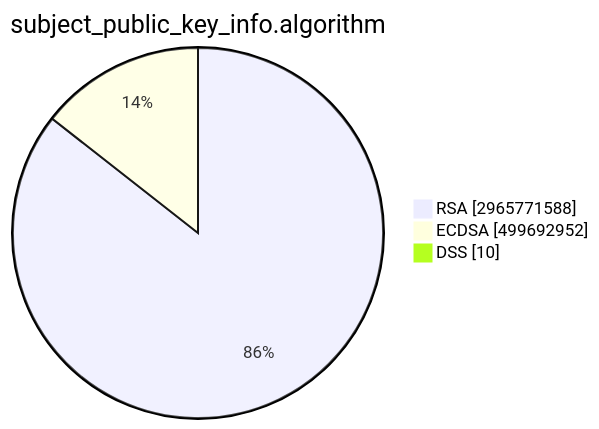
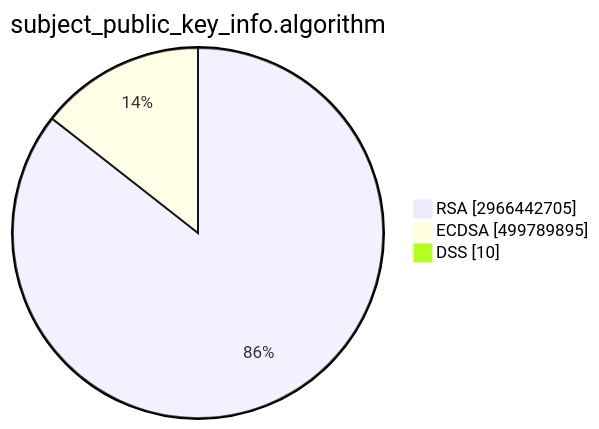
Before and after one commit to christiankrug/ctmonitor_visualization: the second of 15 diagrams in TOTAL/README.md, drawn with Mermaid. The commit also changed other lines of this file, not shown here.

````diff
--- a/TOTAL/README.md
+++ b/TOTAL/README.md
@@ -6,7 +6,7 @@
 ```mermaid
 pie showData
 title subject_public_key_info.algorithm
-"RSA" :2965771588
-"ECDSA" :499692952
+"RSA" :2966442705
+"ECDSA" :499789895
 "DSS" :10
 ```
````
